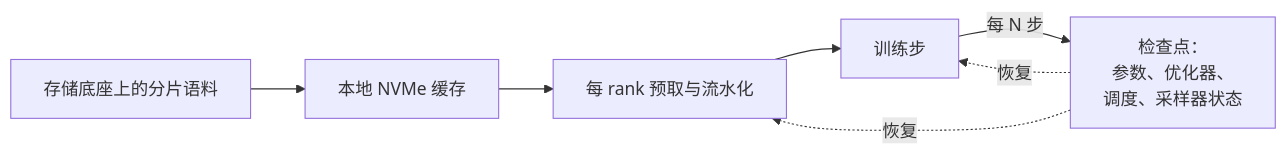
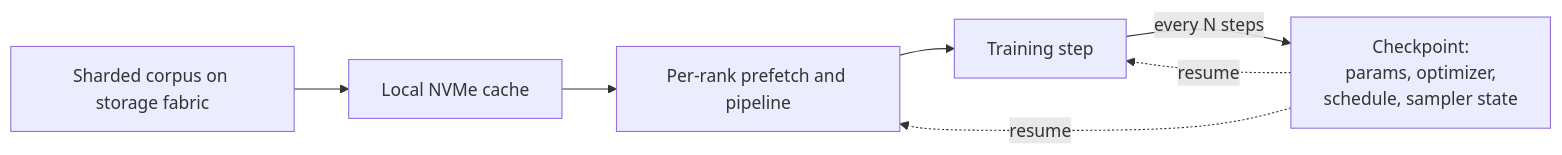
The third of 3 diagrams in zh/p7-infrastructure/31-orchestration-data-infra.qmd (latere-ai/ai-as-an-infrastructure), drawn with Mermaid before and after one commit. The commit also changed other lines of this file and 106 other files, not shown here.

````diff
--- a/zh/p7-infrastructure/31-orchestration-data-infra.qmd
+++ b/zh/p7-infrastructure/31-orchestration-data-infra.qmd
@@ -186,11 +133,11 @@
 ```{mermaid}
 %%| label: fig-orchestration-dataplane
 %%| fig-cap: "数据层通过本地缓存从分片存储为每个 rank 喂送数据，而检查点捕获采样器状态，使一次恢复续上完全相同的数据顺序。"
 flowchart LR
-  S["存储底座上的分片语料"] --> C["本地 NVMe 缓存"]
-  C --> P["每 rank 预取与流水化"]
-  P --> T["训练步"]
-  T -->|每 N 步| K["检查点：<br/>参数、优化器、<br/>调度、采样器状态"]
-  K -.恢复.-> P
-  K -.恢复.-> T
+  S["Sharded corpus on storage fabric"] --> C["Local NVMe cache"]
+  C --> P["Per-rank prefetch and pipeline"]
+  P --> T["Training step"]
+  T -->|every N steps| K["Checkpoint:<br/>params, optimizer,<br/>schedule, sampler state"]
+  K -.resume.-> P
+  K -.resume.-> T
 ```
````
